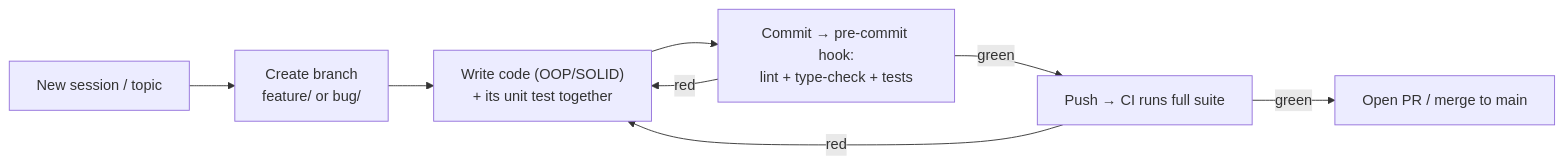
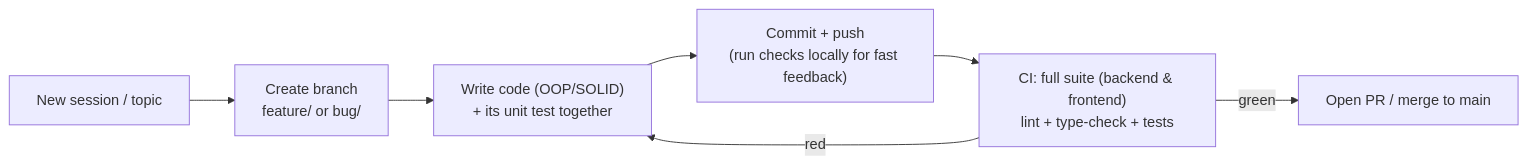
One commit to YossiCharash/aleisiach-student-care changed the sixth of 6 diagrams in ARCHITECTURE.md. Above: the diagram before and after it, drawn with Mermaid. The commit also changed other lines of this file and 5 other files, not shown here.

First line of the commit message:
chore: run all checks in CI, remove local git hooks

````diff
--- a/ARCHITECTURE.md
+++ b/ARCHITECTURE.md
@@ -338,10 +338,9 @@
 ```mermaid
 flowchart LR
     A["New session / topic"] --> B["Create branch\nfeature/<topic> or bug/<topic>"]
     B --> C["Write code (OOP/SOLID)\n+ its unit test together"]
-    C --> D["Commit → pre-commit hook:\nlint + type-check + tests"]
-    D -->|red| C
-    D -->|green| E["Push → CI runs full suite"]
+    C --> D["Commit + push\n(run checks locally for fast feedback)"]
+    D --> E["CI: full suite (backend & frontend)\nlint + type-check + tests"]
     E -->|red| C
     E -->|green| F["Open PR / merge to main"]
 ```
````
